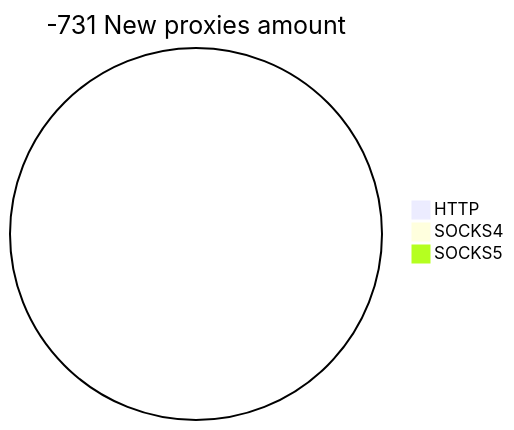
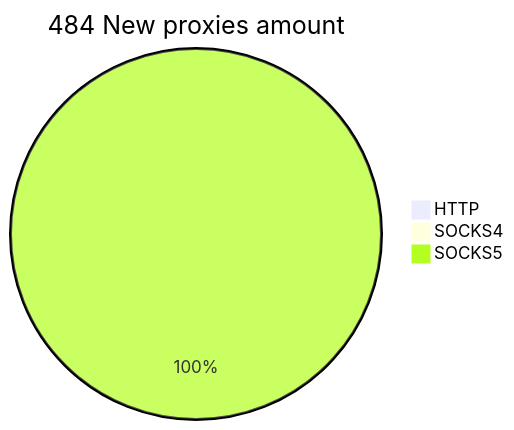
One commit to cutipu/proxylist changed the second of 2 diagrams in README.md. Above: the diagram before and after it, drawn with Mermaid. The commit also changed other lines of this file, not shown here.

````diff
--- a/README.md
+++ b/README.md
@@ -10,6 +10,6 @@
 ```mermaid
-pie title -731 New proxies amount
+pie title 484 New proxies amount
     "HTTP" : 0
     "SOCKS4" : 0
-    "SOCKS5" : 0
+    "SOCKS5" : 484
 ```
````
